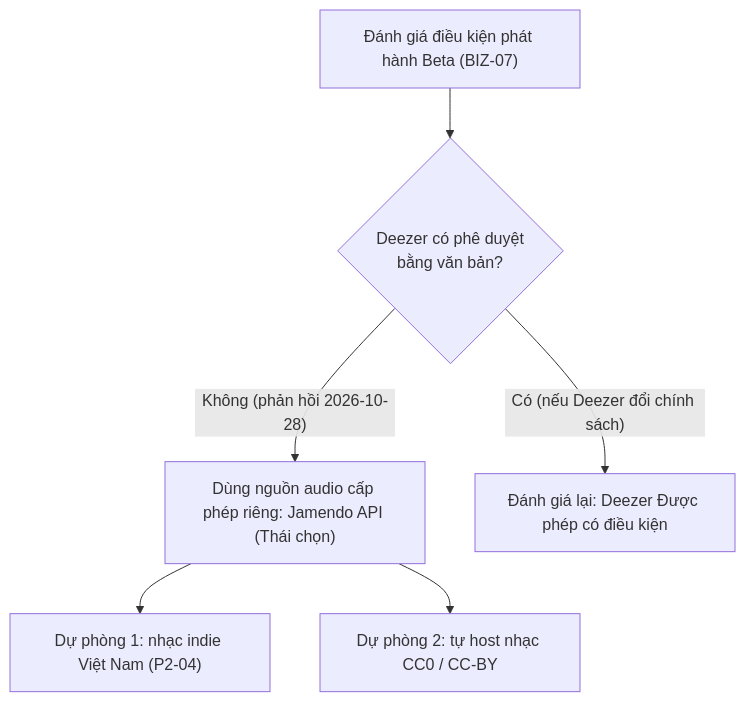
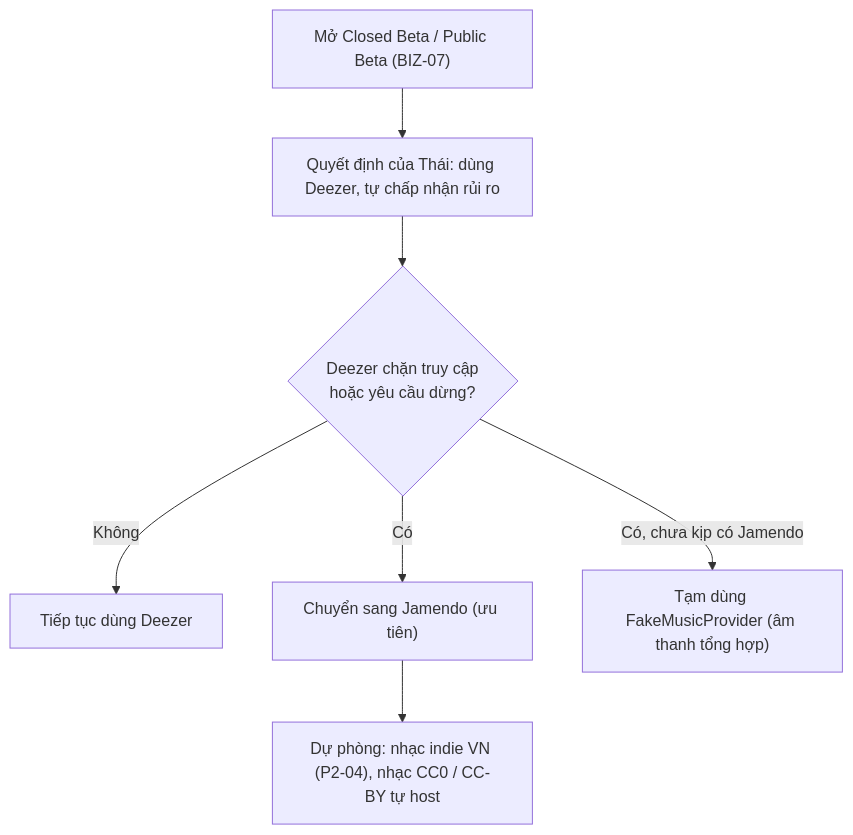
Before and after one commit to ThaiDevv/meloo: the diagram in docs/legal/music-preview-licensing.md, drawn with Mermaid. The commit also changed other lines of this file and 2 other files, not shown here.

Commit message:
MEL-120 docs(legal): ghi nhận quyết định dùng Deezer ở mọi môi trường

````diff
--- a/docs/legal/music-preview-licensing.md
+++ b/docs/legal/music-preview-licensing.md
@@ -269,8 +270,9 @@
 ```mermaid
 flowchart TD
-    A["Đánh giá điều kiện phát hành Beta (BIZ-07)"] --> B{"Deezer có phê duyệt<br/>bằng văn bản?"}
-    B -- "Không (phản hồi 2026-10-28)" --> D["Dùng nguồn audio cấp phép riêng: Jamendo API (Thái chọn)"]
-    B -- "Có (nếu Deezer đổi chính sách)" --> C["Đánh giá lại: Deezer Được phép có điều kiện"]
-    D --> E["Dự phòng 1: nhạc indie Việt Nam (P2-04)"]
-    D --> F["Dự phòng 2: tự host nhạc CC0 / CC-BY"]
+    A["Mở Closed Beta / Public Beta (BIZ-07)"] --> B["Quyết định của Thái: dùng Deezer, tự chấp nhận rủi ro"]
+    B --> C{"Deezer chặn truy cập<br/>hoặc yêu cầu dừng?"}
+    C -- "Không" --> D["Tiếp tục dùng Deezer"]
+    C -- "Có" --> E["Chuyển sang Jamendo (ưu tiên)"]
+    E --> F["Dự phòng: nhạc indie VN (P2-04), nhạc CC0 / CC-BY tự host"]
+    C -- "Có, chưa kịp có Jamendo" --> G["Tạm dùng FakeMusicProvider (âm thanh tổng hợp)"]
 ```
````
